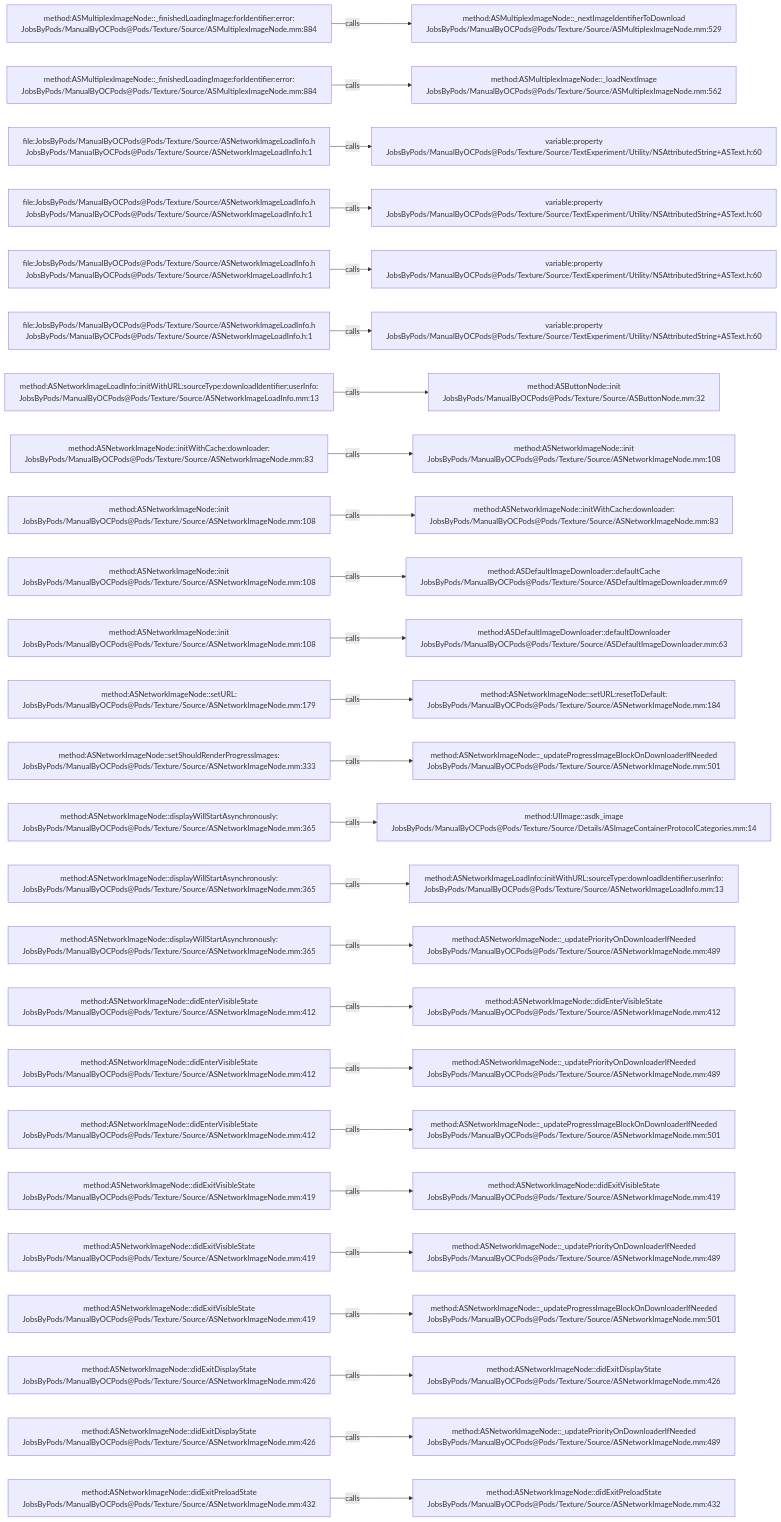
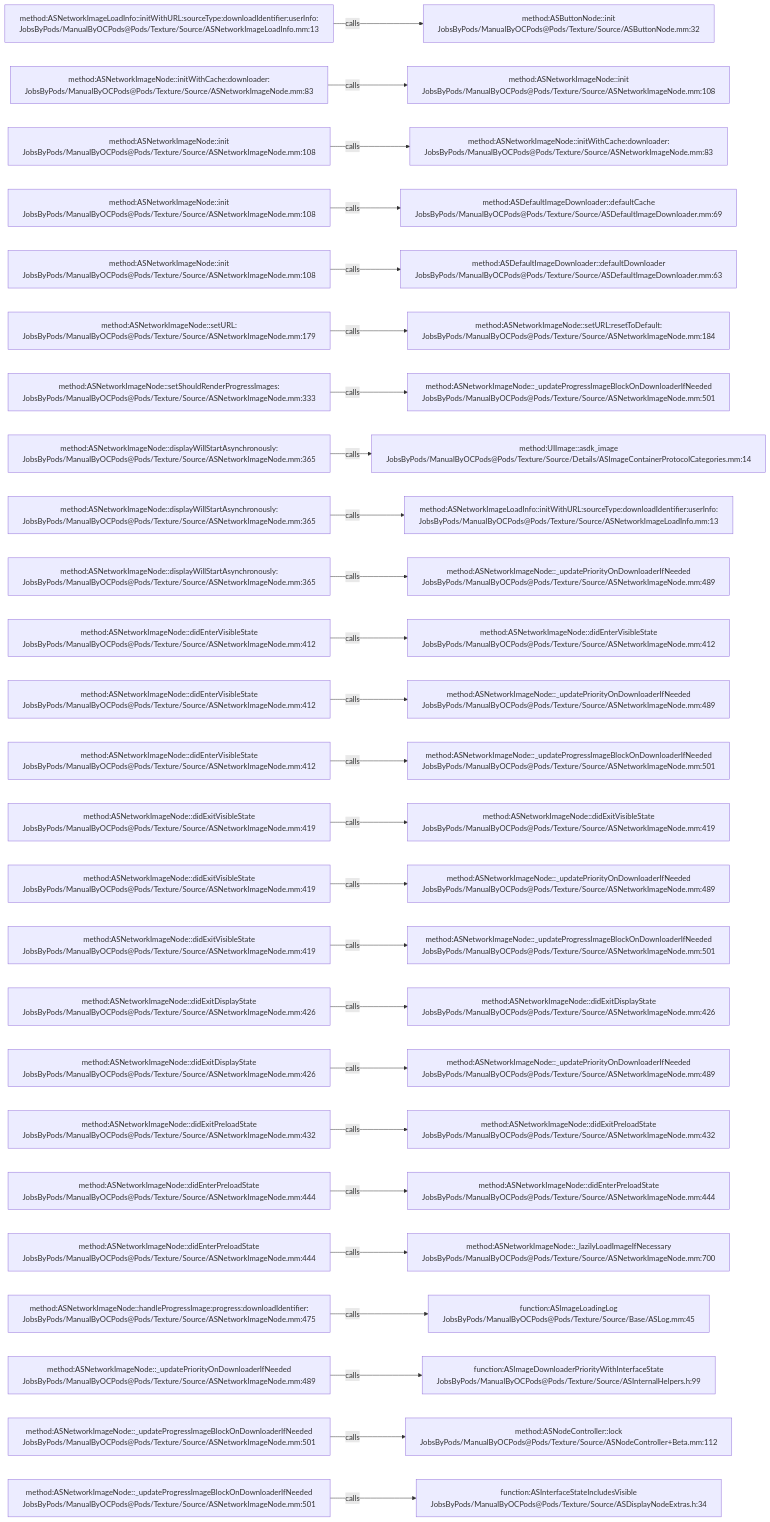
One commit to JobsKits/JobsOCBaseConfigDemo changed the diagram in .codegraph/codegraph.md/graphs/calls-109.md. Above: the diagram before and after it, drawn with Mermaid. The commit also changed 666 other files, not shown here.

````diff
--- a/.codegraph/codegraph.md/graphs/calls-109.md
+++ b/.codegraph/codegraph.md/graphs/calls-109.md
@@ -13,78 +13,78 @@
 ```mermaid
 flowchart LR
-  S1["method:ASMultiplexImageNode::_finishedLoadingImage:forIdentifier:error:<br/>JobsByPods/ManualByOCPods@Pods/Texture/Source/ASMultiplexImageNode.mm:884"]
-  T1["method:ASMultiplexImageNode::_nextImageIdentifierToDownload<br/>JobsByPods/ManualByOCPods@Pods/Texture/Source/ASMultiplexImageNode.mm:529"]
+  S1["method:ASNetworkImageLoadInfo::initWithURL:sourceType:downloadIdentifier:userInfo:<br/>JobsByPods/ManualByOCPods@Pods/Texture/Source/ASNetworkImageLoadInfo.mm:13"]
+  T1["method:ASButtonNode::init<br/>JobsByPods/ManualByOCPods@Pods/Texture/Source/ASButtonNode.mm:32"]
   S1 -->|calls| T1
-  S2["method:ASMultiplexImageNode::_finishedLoadingImage:forIdentifier:error:<br/>JobsByPods/ManualByOCPods@Pods/Texture/Source/ASMultiplexImageNode.mm:884"]
-  T2["method:ASMultiplexImageNode::_loadNextImage<br/>JobsByPods/ManualByOCPods@Pods/Texture/Source/ASMultiplexImageNode.mm:562"]
+  S2["method:ASNetworkImageNode::initWithCache:downloader:<br/>JobsByPods/ManualByOCPods@Pods/Texture/Source/ASNetworkImageNode.mm:83"]
+  T2["method:ASNetworkImageNode::init<br/>JobsByPods/ManualByOCPods@Pods/Texture/Source/ASNetworkImageNode.mm:108"]
   S2 -->|calls| T2
-  S3["file:JobsByPods/ManualByOCPods@Pods/Texture/Source/ASNetworkImageLoadInfo.h<br/>JobsByPods/ManualByOCPods@Pods/Texture/Source/ASNetworkImageLoadInfo.h:1"]
-  T3["variable:property<br/>JobsByPods/ManualByOCPods@Pods/Texture/Source/TextExperiment/Utility/NSAttributedString+ASText.h:60"]
+  S3["method:ASNetworkImageNode::init<br/>JobsByPods/ManualByOCPods@Pods/Texture/Source/ASNetworkImageNode.mm:108"]
+  T3["method:ASNetworkImageNode::initWithCache:downloader:<br/>JobsByPods/ManualByOCPods@Pods/Texture/Source/ASNetworkImageNode.mm:83"]
   S3 -->|calls| T3
-  S4["file:JobsByPods/ManualByOCPods@Pods/Texture/Source/ASNetworkImageLoadInfo.h<br/>JobsByPods/ManualByOCPods@Pods/Texture/Source/ASNetworkImageLoadInfo.h:1"]
-  T4["variable:property<br/>JobsByPods/ManualByOCPods@Pods/Texture/Source/TextExperiment/Utility/NSAttributedString+ASText.h:60"]
+  S4["method:ASNetworkImageNode::init<br/>JobsByPods/ManualByOCPods@Pods/Texture/Source/ASNetworkImageNode.mm:108"]
+  T4["method:ASDefaultImageDownloader::defaultCache<br/>JobsByPods/ManualByOCPods@Pods/Texture/Source/ASDefaultImageDownloader.mm:69"]
   S4 -->|calls| T4
-  S5["file:JobsByPods/ManualByOCPods@Pods/Texture/Source/ASNetworkImageLoadInfo.h<br/>JobsByPods/ManualByOCPods@Pods/Texture/Source/ASNetworkImageLoadInfo.h:1"]
-  T5["variable:property<br/>JobsByPods/ManualByOCPods@Pods/Texture/Source/TextExperiment/Utility/NSAttributedString+ASText.h:60"]
+  S5["method:ASNetworkImageNode::init<br/>JobsByPods/ManualByOCPods@Pods/Texture/Source/ASNetworkImageNode.mm:108"]
+  T5["method:ASDefaultImageDownloader::defaultDownloader<br/>JobsByPods/ManualByOCPods@Pods/Texture/Source/ASDefaultImageDownloader.mm:63"]
   S5 -->|calls| T5
-  S6["file:JobsByPods/ManualByOCPods@Pods/Texture/Source/ASNetworkImageLoadInfo.h<br/>JobsByPods/ManualByOCPods@Pods/Texture/Source/ASNetworkImageLoadInfo.h:1"]
-  T6["variable:property<br/>JobsByPods/ManualByOCPods@Pods/Texture/Source/TextExperiment/Utility/NSAttributedString+ASText.h:60"]
+  S6["method:ASNetworkImageNode::setURL:<br/>JobsByPods/ManualByOCPods@Pods/Texture/Source/ASNetworkImageNode.mm:179"]
+  T6["method:ASNetworkImageNode::setURL:resetToDefault:<br/>JobsByPods/ManualByOCPods@Pods/Texture/Source/ASNetworkImageNode.mm:184"]
   S6 -->|calls| T6
-  S7["method:ASNetworkImageLoadInfo::initWithURL:sourceType:downloadIdentifier:userInfo:<br/>JobsByPods/ManualByOCPods@Pods/Texture/Source/ASNetworkImageLoadInfo.mm:13"]
-  T7["method:ASButtonNode::init<br/>JobsByPods/ManualByOCPods@Pods/Texture/Source/ASButtonNode.mm:32"]
+  S7["method:ASNetworkImageNode::setShouldRenderProgressImages:<br/>JobsByPods/ManualByOCPods@Pods/Texture/Source/ASNetworkImageNode.mm:333"]
+  T7["method:ASNetworkImageNode::_updateProgressImageBlockOnDownloaderIfNeeded<br/>JobsByPods/ManualByOCPods@Pods/Texture/Source/ASNetworkImageNode.mm:501"]
   S7 -->|calls| T7
-  S8["method:ASNetworkImageNode::initWithCache:downloader:<br/>JobsByPods/ManualByOCPods@Pods/Texture/Source/ASNetworkImageNode.mm:83"]
-  T8["method:ASNetworkImageNode::init<br/>JobsByPods/ManualByOCPods@Pods/Texture/Source/ASNetworkImageNode.mm:108"]
+  S8["method:ASNetworkImageNode::displayWillStartAsynchronously:<br/>JobsByPods/ManualByOCPods@Pods/Texture/Source/ASNetworkImageNode.mm:365"]
+  T8["method:UIImage::asdk_image<br/>JobsByPods/ManualByOCPods@Pods/Texture/Source/Details/ASImageContainerProtocolCategories.mm:14"]
   S8 -->|calls| T8
-  S9["method:ASNetworkImageNode::init<br/>JobsByPods/ManualByOCPods@Pods/Texture/Source/ASNetworkImageNode.mm:108"]
-  T9["method:ASNetworkImageNode::initWithCache:downloader:<br/>JobsByPods/ManualByOCPods@Pods/Texture/Source/ASNetworkImageNode.mm:83"]
+  S9["method:ASNetworkImageNode::displayWillStartAsynchronously:<br/>JobsByPods/ManualByOCPods@Pods/Texture/Source/ASNetworkImageNode.mm:365"]
+  T9["method:ASNetworkImageLoadInfo::initWithURL:sourceType:downloadIdentifier:userInfo:<br/>JobsByPods/ManualByOCPods@Pods/Texture/Source/ASNetworkImageLoadInfo.mm:13"]
   S9 -->|calls| T9
-  S10["method:ASNetworkImageNode::init<br/>JobsByPods/ManualByOCPods@Pods/Texture/Source/ASNetworkImageNode.mm:108"]
-  T10["method:ASDefaultImageDownloader::defaultCache<br/>JobsByPods/ManualByOCPods@Pods/Texture/Source/ASDefaultImageDownloader.mm:69"]
+  S10["method:ASNetworkImageNode::displayWillStartAsynchronously:<br/>JobsByPods/ManualByOCPods@Pods/Texture/Source/ASNetworkImageNode.mm:365"]
+  T10["method:ASNetworkImageNode::_updatePriorityOnDownloaderIfNeeded<br/>JobsByPods/ManualByOCPods@Pods/Texture/Source/ASNetworkImageNode.mm:489"]
   S10 -->|calls| T10
-  S11["method:ASNetworkImageNode::init<br/>JobsByPods/ManualByOCPods@Pods/Texture/Source/ASNetworkImageNode.mm:108"]
-  T11["method:ASDefaultImageDownloader::defaultDownloader<br/>JobsByPods/ManualByOCPods@Pods/Texture/Source/ASDefaultImageDownloader.mm:63"]
+  S11["method:ASNetworkImageNode::didEnterVisibleState<br/>JobsByPods/ManualByOCPods@Pods/Texture/Source/ASNetworkImageNode.mm:412"]
+  T11["method:ASNetworkImageNode::didEnterVisibleState<br/>JobsByPods/ManualByOCPods@Pods/Texture/Source/ASNetworkImageNode.mm:412"]
   S11 -->|calls| T11
-  S12["method:ASNetworkImageNode::setURL:<br/>JobsByPods/ManualByOCPods@Pods/Texture/Source/ASNetworkImageNode.mm:179"]
-  T12["method:ASNetworkImageNode::setURL:resetToDefault:<br/>JobsByPods/ManualByOCPods@Pods/Texture/Source/ASNetworkImageNode.mm:184"]
+  S12["method:ASNetworkImageNode::didEnterVisibleState<br/>JobsByPods/ManualByOCPods@Pods/Texture/Source/ASNetworkImageNode.mm:412"]
+  T12["method:ASNetworkImageNode::_updatePriorityOnDownloaderIfNeeded<br/>JobsByPods/ManualByOCPods@Pods/Texture/Source/ASNetworkImageNode.mm:489"]
   S12 -->|calls| T12
-  S13["method:ASNetworkImageNode::setShouldRenderProgressImages:<br/>JobsByPods/ManualByOCPods@Pods/Texture/Source/ASNetworkImageNode.mm:333"]
+  S13["method:ASNetworkImageNode::didEnterVisibleState<br/>JobsByPods/ManualByOCPods@Pods/Texture/Source/ASNetworkImageNode.mm:412"]
   T13["method:ASNetworkImageNode::_updateProgressImageBlockOnDownloaderIfNeeded<br/>JobsByPods/ManualByOCPods@Pods/Texture/Source/ASNetworkImageNode.mm:501"]
   S13 -->|calls| T13
-  S14["method:ASNetworkImageNode::displayWillStartAsynchronously:<br/>JobsByPods/ManualByOCPods@Pods/Texture/Source/ASNetworkImageNode.mm:365"]
-  T14["method:UIImage::asdk_image<br/>JobsByPods/ManualByOCPods@Pods/Texture/Source/Details/ASImageContainerProtocolCategories.mm:14"]
+  S14["method:ASNetworkImageNode::didExitVisibleState<br/>JobsByPods/ManualByOCPods@Pods/Texture/Source/ASNetworkImageNode.mm:419"]
+  T14["method:ASNetworkImageNode::didExitVisibleState<br/>JobsByPods/ManualByOCPods@Pods/Texture/Source/ASNetworkImageNode.mm:419"]
   S14 -->|calls| T14
-  S15["method:ASNetworkImageNode::displayWillStartAsynchronously:<br/>JobsByPods/ManualByOCPods@Pods/Texture/Source/ASNetworkImageNode.mm:365"]
-  T15["method:ASNetworkImageLoadInfo::initWithURL:sourceType:downloadIdentifier:userInfo:<br/>JobsByPods/ManualByOCPods@Pods/Texture/Source/ASNetworkImageLoadInfo.mm:13"]
+  S15["method:ASNetworkImageNode::didExitVisibleState<br/>JobsByPods/ManualByOCPods@Pods/Texture/Source/ASNetworkImageNode.mm:419"]
+  T15["method:ASNetworkImageNode::_updatePriorityOnDownloaderIfNeeded<br/>JobsByPods/ManualByOCPods@Pods/Texture/Source/ASNetworkImageNode.mm:489"]
   S15 -->|calls| T15
-  S16["method:ASNetworkImageNode::displayWillStartAsynchronously:<br/>JobsByPods/ManualByOCPods@Pods/Texture/Source/ASNetworkImageNode.mm:365"]
-  T16["method:ASNetworkImageNode::_updatePriorityOnDownloaderIfNeeded<br/>JobsByPods/ManualByOCPods@Pods/Texture/Source/ASNetworkImageNode.mm:489"]
+  S16["method:ASNetworkImageNode::didExitVisibleState<br/>JobsByPods/ManualByOCPods@Pods/Texture/Source/ASNetworkImageNode.mm:419"]
+  T16["method:ASNetworkImageNode::_updateProgressImageBlockOnDownloaderIfNeeded<br/>JobsByPods/ManualByOCPods@Pods/Texture/Source/ASNetworkImageNode.mm:501"]
   S16 -->|calls| T16
-  S17["method:ASNetworkImageNode::didEnterVisibleState<br/>JobsByPods/ManualByOCPods@Pods/Texture/Source/ASNetworkImageNode.mm:412"]
-  T17["method:ASNetworkImageNode::didEnterVisibleState<br/>JobsByPods/ManualByOCPods@Pods/Texture/Source/ASNetworkImageNode.mm:412"]
+  S17["method:ASNetworkImageNode::didExitDisplayState<br/>JobsByPods/ManualByOCPods@Pods/Texture/Source/ASNetworkImageNode.mm:426"]
+  T17["method:ASNetworkImageNode::didExitDisplayState<br/>JobsByPods/ManualByOCPods@Pods/Texture/Source/ASNetworkImageNode.mm:426"]
   S17 -->|calls| T17
-  S18["method:ASNetworkImageNode::didEnterVisibleState<br/>JobsByPods/ManualByOCPods@Pods/Texture/Source/ASNetworkImageNode.mm:412"]
+  S18["method:ASNetworkImageNode::didExitDisplayState<br/>JobsByPods/ManualByOCPods@Pods/Texture/Source/ASNetworkImageNode.mm:426"]
   T18["method:ASNetworkImageNode::_updatePriorityOnDownloaderIfNeeded<br/>JobsByPods/ManualByOCPods@Pods/Texture/Source/ASNetworkImageNode.mm:489"]
   S18 -->|calls| T18
-  S19["method:ASNetworkImageNode::didEnterVisibleState<br/>JobsByPods/ManualByOCPods@Pods/Texture/Source/ASNetworkImageNode.mm:412"]
-  T19["method:ASNetworkImageNode::_updateProgressImageBlockOnDownloaderIfNeeded<br/>JobsByPods/ManualByOCPods@Pods/Texture/Source/ASNetworkImageNode.mm:501"]
+  S19["method:ASNetworkImageNode::didExitPreloadState<br/>JobsByPods/ManualByOCPods@Pods/Texture/Source/ASNetworkImageNode.mm:432"]
+  T19["method:ASNetworkImageNode::didExitPreloadState<br/>JobsByPods/ManualByOCPods@Pods/Texture/Source/ASNetworkImageNode.mm:432"]
   S19 -->|calls| T19
-  S20["method:ASNetworkImageNode::didExitVisibleState<br/>JobsByPods/ManualByOCPods@Pods/Texture/Source/ASNetworkImageNode.mm:419"]
-  T20["method:ASNetworkImageNode::didExitVisibleState<br/>JobsByPods/ManualByOCPods@Pods/Texture/Source/ASNetworkImageNode.mm:419"]
+  S20["method:ASNetworkImageNode::didEnterPreloadState<br/>JobsByPods/ManualByOCPods@Pods/Texture/Source/ASNetworkImageNode.mm:444"]
+  T20["method:ASNetworkImageNode::didEnterPreloadState<br/>JobsByPods/ManualByOCPods@Pods/Texture/Source/ASNetworkImageNode.mm:444"]
   S20 -->|calls| T20
-  S21["method:ASNetworkImageNode::didExitVisibleState<br/>JobsByPods/ManualByOCPods@Pods/Texture/Source/ASNetworkImageNode.mm:419"]
-  T21["method:ASNetworkImageNode::_updatePriorityOnDownloaderIfNeeded<br/>JobsByPods/ManualByOCPods@Pods/Texture/Source/ASNetworkImageNode.mm:489"]
+  S21["method:ASNetworkImageNode::didEnterPreloadState<br/>JobsByPods/ManualByOCPods@Pods/Texture/Source/ASNetworkImageNode.mm:444"]
+  T21["method:ASNetworkImageNode::_lazilyLoadImageIfNecessary<br/>JobsByPods/ManualByOCPods@Pods/Texture/Source/ASNetworkImageNode.mm:700"]
   S21 -->|calls| T21
-  S22["method:ASNetworkImageNode::didExitVisibleState<br/>JobsByPods/ManualByOCPods@Pods/Texture/Source/ASNetworkImageNode.mm:419"]
-  T22["method:ASNetworkImageNode::_updateProgressImageBlockOnDownloaderIfNeeded<br/>JobsByPods/ManualByOCPods@Pods/Texture/Source/ASNetworkImageNode.mm:501"]
+  S22["method:ASNetworkImageNode::handleProgressImage:progress:downloadIdentifier:<br/>JobsByPods/ManualByOCPods@Pods/Texture/Source/ASNetworkImageNode.mm:475"]
+  T22["function:ASImageLoadingLog<br/>JobsByPods/ManualByOCPods@Pods/Texture/Source/Base/ASLog.mm:45"]
   S22 -->|calls| T22
-  S23["method:ASNetworkImageNode::didExitDisplayState<br/>JobsByPods/ManualByOCPods@Pods/Texture/Source/ASNetworkImageNode.mm:426"]
-  T23["method:ASNetworkImageNode::didExitDisplayState<br/>JobsByPods/ManualByOCPods@Pods/Texture/Source/ASNetworkImageNode.mm:426"]
+  S23["method:ASNetworkImageNode::_updatePriorityOnDownloaderIfNeeded<br/>JobsByPods/ManualByOCPods@Pods/Texture/Source/ASNetworkImageNode.mm:489"]
+  T23["function:ASImageDownloaderPriorityWithInterfaceState<br/>JobsByPods/ManualByOCPods@Pods/Texture/Source/ASInternalHelpers.h:99"]
   S23 -->|calls| T23
-  S24["method:ASNetworkImageNode::didExitDisplayState<br/>JobsByPods/ManualByOCPods@Pods/Texture/Source/ASNetworkImageNode.mm:426"]
-  T24["method:ASNetworkImageNode::_updatePriorityOnDownloaderIfNeeded<br/>JobsByPods/ManualByOCPods@Pods/Texture/Source/ASNetworkImageNode.mm:489"]
+  S24["method:ASNetworkImageNode::_updateProgressImageBlockOnDownloaderIfNeeded<br/>JobsByPods/ManualByOCPods@Pods/Texture/Source/ASNetworkImageNode.mm:501"]
+  T24["method:ASNodeController::lock<br/>JobsByPods/ManualByOCPods@Pods/Texture/Source/ASNodeController+Beta.mm:112"]
   S24 -->|calls| T24
-  S25["method:ASNetworkImageNode::didExitPreloadState<br/>JobsByPods/ManualByOCPods@Pods/Texture/Source/ASNetworkImageNode.mm:432"]
-  T25["method:ASNetworkImageNode::didExitPreloadState<br/>JobsByPods/ManualByOCPods@Pods/Texture/Source/ASNetworkImageNode.mm:432"]
+  S25["method:ASNetworkImageNode::_updateProgressImageBlockOnDownloaderIfNeeded<br/>JobsByPods/ManualByOCPods@Pods/Texture/Source/ASNetworkImageNode.mm:501"]
+  T25["function:ASInterfaceStateIncludesVisible<br/>JobsByPods/ManualByOCPods@Pods/Texture/Source/ASDisplayNodeExtras.h:34"]
   S25 -->|calls| T25
 ```
````
